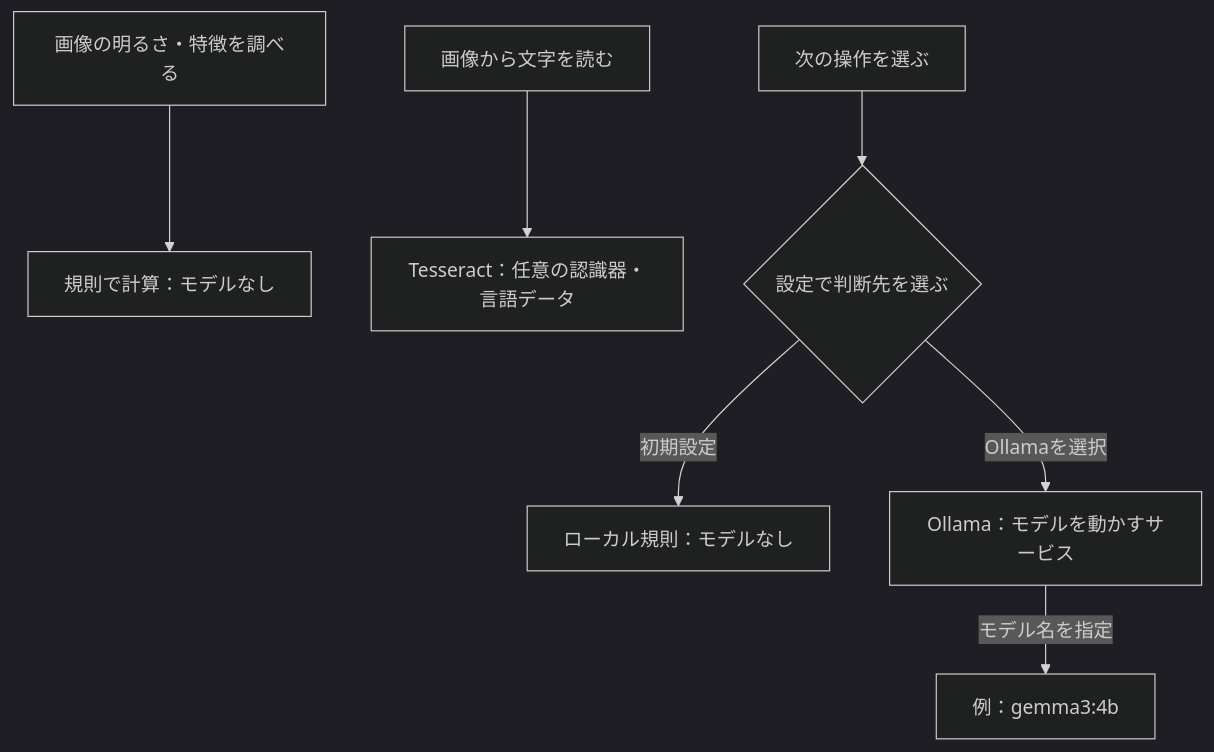
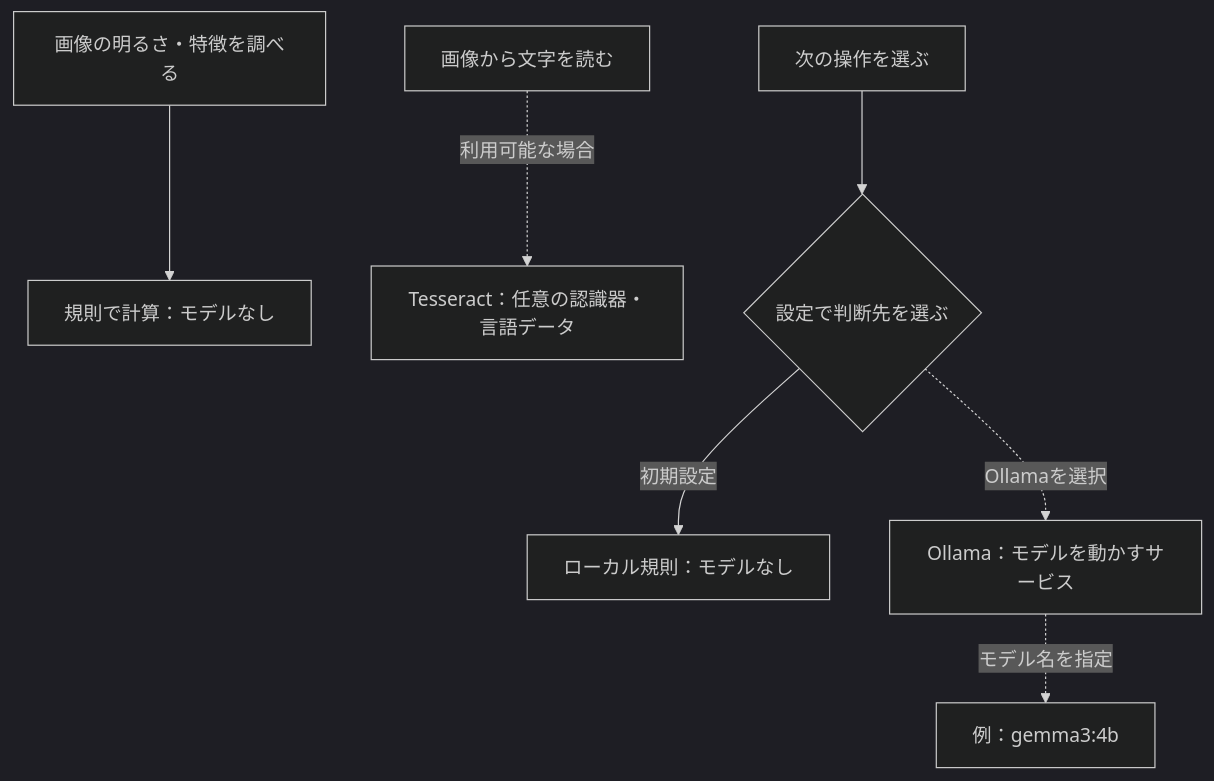
The third of 3 diagrams in doc/guide/README.md (tomiya7688/AI_game_player), drawn with Mermaid (dark theme) before and after one commit. The commit also changed other lines of this file, not shown here.

````diff
--- a/doc/guide/README.md
+++ b/doc/guide/README.md
@@ -58,9 +62,9 @@
 ```mermaid
 flowchart TD
     A["画像の明るさ・特徴を調べる"] --> B["規則で計算：モデルなし"]
-    C["画像から文字を読む"] --> D["Tesseract：任意の認識器・言語データ"]
+    C["画像から文字を読む"] -.->|利用可能な場合| D["Tesseract：任意の認識器・言語データ"]
     E["次の操作を選ぶ"] --> F{"設定で判断先を選ぶ"}
     F -->|初期設定| G["ローカル規則：モデルなし"]
-    F -->|Ollamaを選択| H["Ollama：モデルを動かすサービス"]
-    H -->|モデル名を指定| I["例：gemma3:4b"]
+    F -.->|Ollamaを選択| H["Ollama：モデルを動かすサービス"]
+    H -.->|モデル名を指定| I["例：gemma3:4b"]
 ```
````
